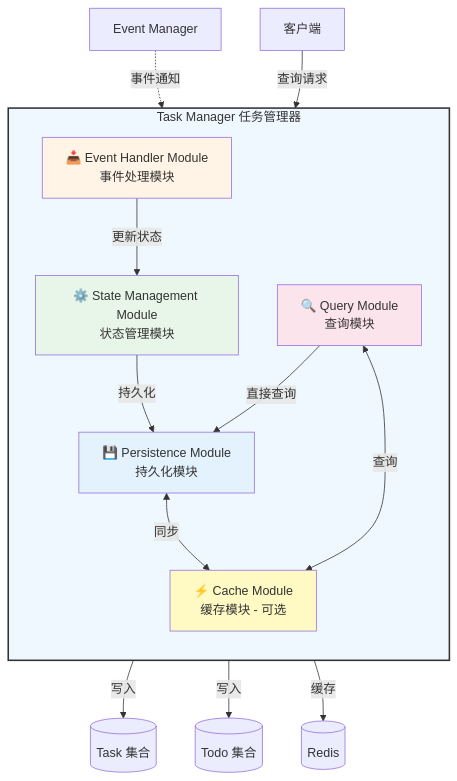
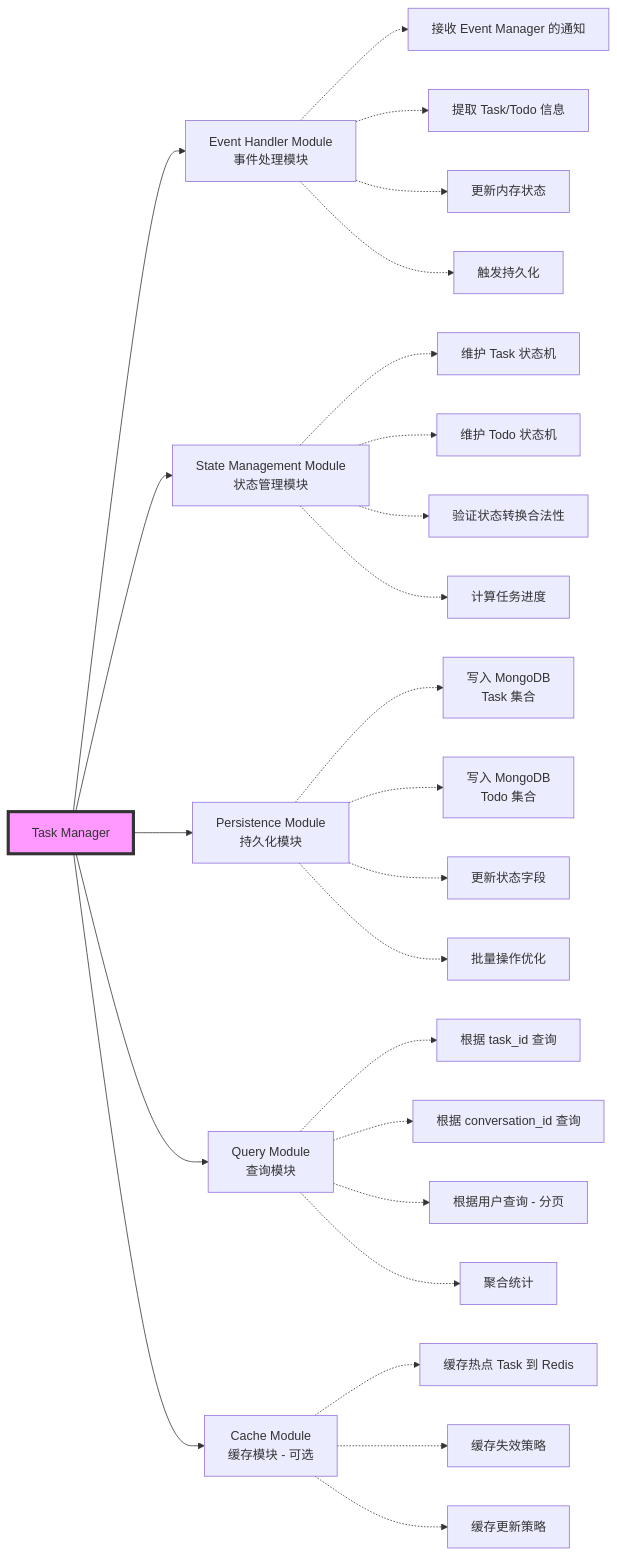
The diagram in all/未命名-10.md (yingjianzh/iodraw-files), drawn with Mermaid before and after one commit.

Commit message:
2025-12-24 18:01:41 update

````diff
--- a/all/未命名-10.md
+++ b/all/未命名-10.md
@@ -1,34 +1,36 @@
 ```mermaid
-graph TB
-    subgraph TM[Task Manager 任务管理器]
-        direction TB
-        
-        EHM[📥 Event Handler Module<br/>事件处理模块]
-        SMM[⚙️ State Management Module<br/>状态管理模块]
-        PEM[💾 Persistence Module<br/>持久化模块]
-        QM[🔍 Query Module<br/>查询模块]
-        CM[⚡ Cache Module<br/>缓存模块 - 可选]
-        
-        EHM -->|更新状态| SMM
-        SMM -->|持久化| PEM
-        PEM <-->|同步| CM
-        QM <-->|查询| CM
-        QM -->|直接查询| PEM
-    end
+graph LR
+    TM[Task Manager]
     
-    EM[Event Manager] -.->|事件通知| EHM
+    TM --> EHM[Event Handler Module<br/>事件处理模块]
+    TM --> SMM[State Management Module<br/>状态管理模块]
+    TM --> PM[Persistence Module<br/>持久化模块]
+    TM --> QM[Query Module<br/>查询模块]
+    TM --> CM[Cache Module<br/>缓存模块 - 可选]
     
-    PEM -->|写入| DB1[(Task 集合)]
-    PEM -->|写入| DB2[(Todo 集合)]
+    EHM -.-> EHM1[接收 Event Manager 的通知]
+    EHM -.-> EHM2[提取 Task/Todo 信息]
+    EHM -.-> EHM3[更新内存状态]
+    EHM -.-> EHM4[触发持久化]
     
-    CM -->|缓存| Redis[(Redis)]
+    SMM -.-> SMM1[维护 Task 状态机]
+    SMM -.-> SMM2[维护 Todo 状态机]
+    SMM -.-> SMM3[验证状态转换合法性]
+    SMM -.-> SMM4[计算任务进度]
     
-    Client[客户端] -->|查询请求| QM
+    PM -.-> PM1[写入 MongoDB<br/>Task 集合]
+    PM -.-> PM2[写入 MongoDB<br/>Todo 集合]
+    PM -.-> PM3[更新状态字段]
+    PM -.-> PM4[批量操作优化]
     
-    style TM fill:#f0f8ff,stroke:#333,stroke-width:2px
-    style EHM fill:#fff4e6
-    style SMM fill:#e8f5e9
-    style PEM fill:#e3f2fd
-    style QM fill:#fce4ec
-    style CM fill:#fff9c4
+    QM -.-> QM1[根据 task_id 查询]
+    QM -.-> QM2[根据 conversation_id 查询]
+    QM -.-> QM3[根据用户查询 - 分页]
+    QM -.-> QM4[聚合统计]
+    
+    CM -.-> CM1[缓存热点 Task 到 Redis]
+    CM -.-> CM2[缓存失效策略]
+    CM -.-> CM3[缓存更新策略]
+    
+    style TM fill:#f9f,stroke:#333,stroke-width:4px
 ```
````
